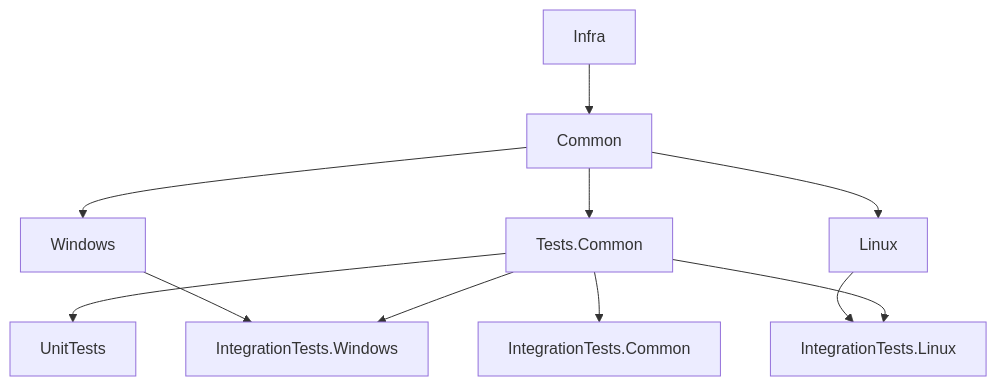
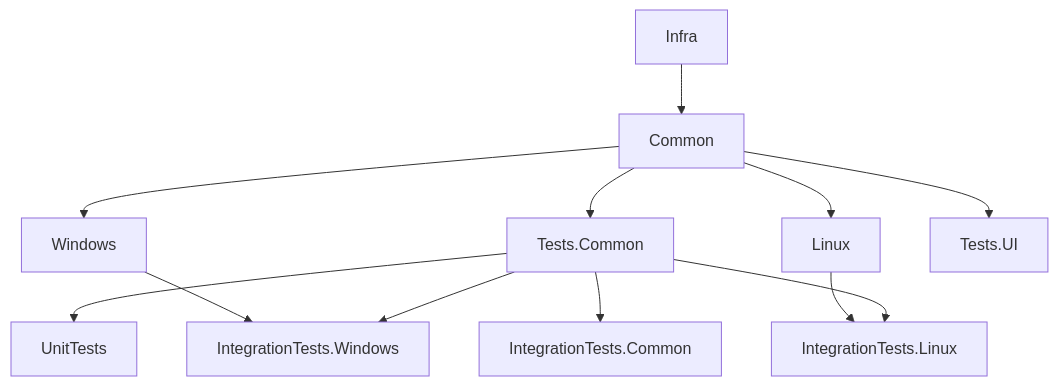
Before and after one commit to DSPaul/COMPASS: the diagram in Docs/Projects.md, drawn with Mermaid. The commit also changed other lines of this file and 44 other files, not shown here.

````diff
--- a/Docs/Projects.md
+++ b/Docs/Projects.md
@@ -3,13 +3,14 @@
 ```mermaid
 graph TD;
     Infra-->Common;
     Common-->Windows; 
     Common-->Linux;
     Common-->Tests.Common;
+    Common-->Tests.UI;
     Tests.Common-->UnitTests;
     Tests.Common-->IntegrationTests.Common;
     Tests.Common-->IntegrationTests.Windows;
     Tests.Common-->IntegrationTests.Linux;
     Windows-->IntegrationTests.Windows;
     Linux-->IntegrationTests.Linux;
 ```
````
